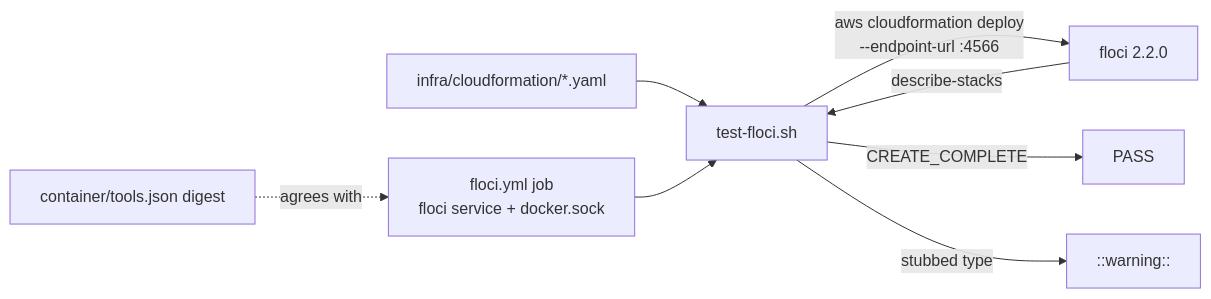
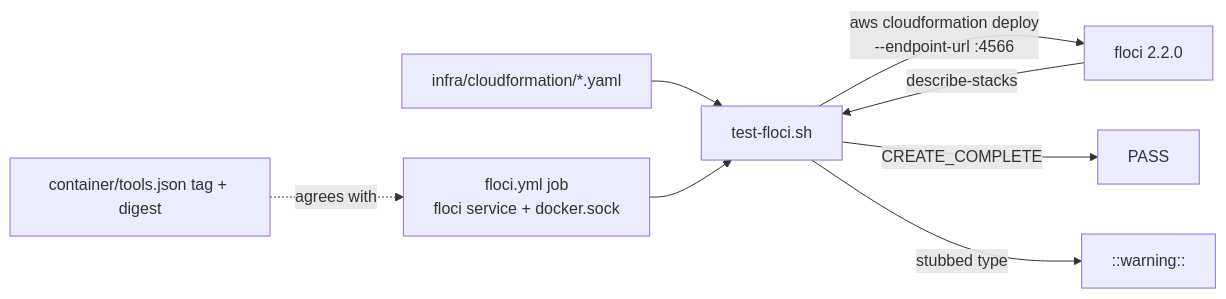
Before and after one commit to stSoftwareAU/VibeCoder: the diagram in docs/archive/pr-summaries/pr-summary-3369.md, drawn with Mermaid. The commit also changed other lines of this file, not shown here.

````diff
--- a/docs/archive/pr-summaries/pr-summary-3369.md
+++ b/docs/archive/pr-summaries/pr-summary-3369.md
@@ -89,10 +89,10 @@
 ```mermaid
 flowchart LR
     T["infra/cloudformation/*.yaml"] --> S["test-floci.sh"]
     W["floci.yml job<br/>floci service + docker.sock"] --> S
     S -->|"aws cloudformation deploy<br/>--endpoint-url :4566"| F["floci 2.2.0"]
     F -->|describe-stacks| S
     S -->|CREATE_COMPLETE| P["PASS"]
     S -->|stubbed type| WN["::warning::"]
-    D["container/tools.json digest"] -.agrees with.-> W
+    D["container/tools.json tag + digest"] -.agrees with.-> W
 ```
````
